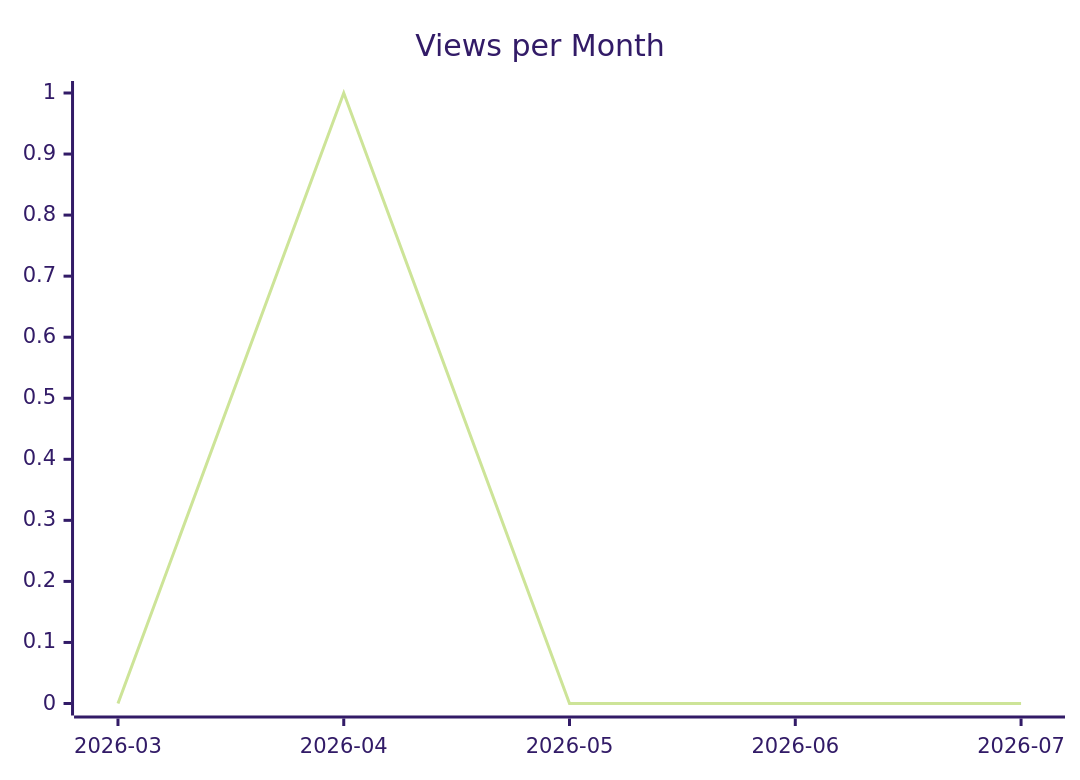
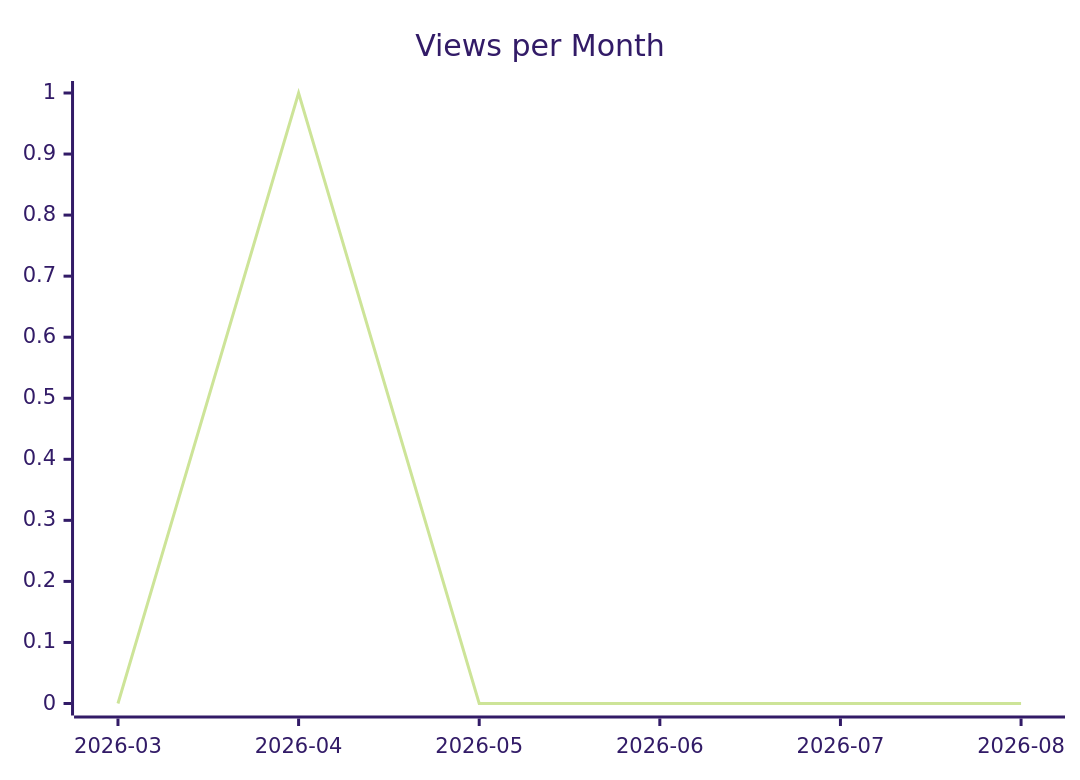
The second of 3 diagrams in karlmdavis/obsidian-operator/README.md (justdavis-family/github-analytics-data), drawn with Mermaid (forest theme) before and after one commit. The commit also changed other lines of this file and 132 other files, not shown here.

````diff
--- a/karlmdavis/obsidian-operator/README.md
+++ b/karlmdavis/obsidian-operator/README.md
@@ -12,6 +12,6 @@
 ```mermaid
 xychart-beta
   title "Views per Month"
-  x-axis ["2026-03", "2026-04", "2026-05", "2026-06", "2026-07"]
-  line [0, 1, 0, 0, 0]
+  x-axis ["2026-03", "2026-04", "2026-05", "2026-06", "2026-07", "2026-08"]
+  line [0, 1, 0, 0, 0, 0]
 ```
````
